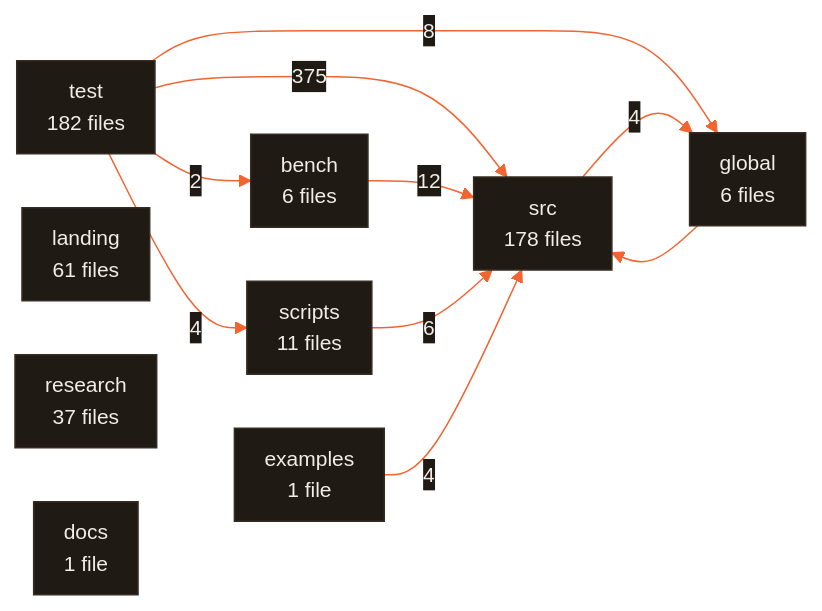
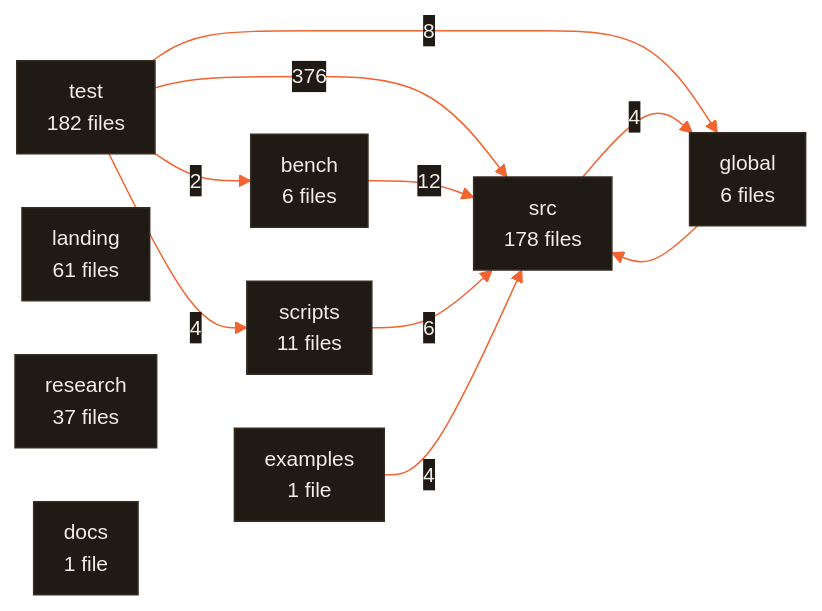
The diagram in ARCHITECTURE.md (CodeWithJuber/forgekit), drawn with Mermaid before and after one commit.

Commit message:
docs: refresh the tested module map

````diff
--- a/ARCHITECTURE.md
+++ b/ARCHITECTURE.md
@@ -671,22 +671,22 @@
 ```mermaid
 %%{init: {'theme':'base','themeVariables':{'primaryColor':'#201a15','primaryTextColor':'#f2ede7','primaryBorderColor':'#372c22','lineColor':'#f26430','secondaryColor':'#272019','tertiaryColor':'#171310','edgeLabelBackground':'#201a15','clusterBkg':'#171310','clusterBorder':'#4a3b2e','fontFamily':'ui-sans-serif, system-ui, sans-serif','fontSize':'14px'},'flowchart':{'curve':'basis','padding':10,'nodeSpacing':36,'rankSpacing':44}}}%%
 flowchart LR
   test["test<br/>182 files"]
   src["src<br/>178 files"]
   landing["landing<br/>61 files"]
   research["research<br/>37 files"]
   scripts["scripts<br/>11 files"]
   bench["bench<br/>6 files"]
   global["global<br/>6 files"]
   docs["docs<br/>1 file"]
   examples["examples<br/>1 file"]
-  test -- 375 --> src
+  test -- 376 --> src
   bench -- 12 --> src
   test -- 8 --> global
   scripts -- 6 --> src
   examples -- 4 --> src
   src -- 4 --> global
   test -- 4 --> scripts
   test -- 2 --> bench
   global --> src
 ```
````
